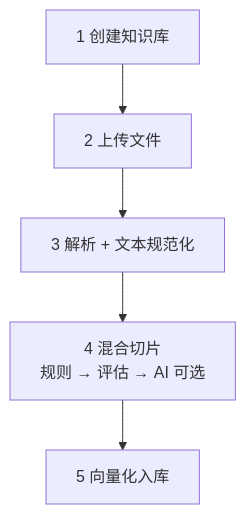
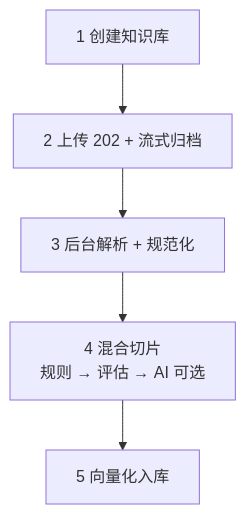
The first of 4 diagrams in README.md (Sayonara-xtt/RagChunk), drawn with Mermaid before and after one commit. The commit also changed other lines of this file and 45 other files, not shown here.

````diff
--- a/README.md
+++ b/README.md
@@ -213,7 +259,7 @@
 ```mermaid
 flowchart TD
-    S1[1 创建知识库] --> S2[2 上传文件]
-    S2 --> S3[3 解析 + 文本规范化]
+    S1[1 创建知识库] --> S2[2 上传 202 + 流式归档]
+    S2 --> S3[3 后台解析 + 规范化]
     S3 --> S4[4 混合切片<br/>规则 → 评估 → AI 可选]
     S4 --> S5[5 向量化入库]
 ```
````
